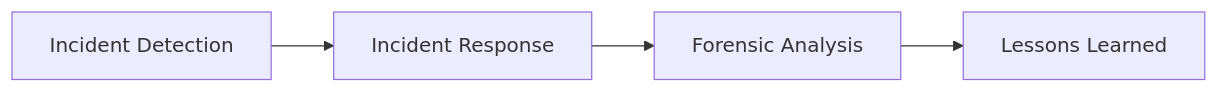
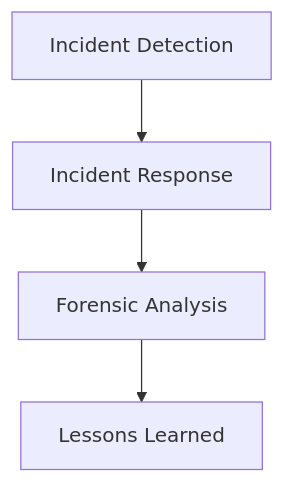
One commit to srameko/forensics-101 changed the fourth of 5 diagrams in slides/01-introduction.md. Above: the diagram before and after it, drawn with Mermaid. The commit also changed other lines of this file and 9 other files, not shown here.

````diff
--- a/slides/01-introduction.md
+++ b/slides/01-introduction.md
@@ -199,9 +199,9 @@
 ```mermaid
-flowchart LR
+flowchart TD
 A[Incident Detection]
 B[Incident Response]
 C[Forensic Analysis]
 D[Lessons Learned]
 
 A --> B --> C --> D
 ```
````
